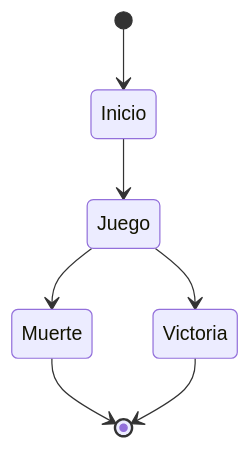
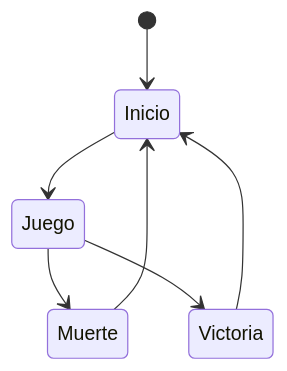
One commit to Narratech/DEV-P0 changed the first of 7 diagrams in README.md. Above: the diagram before and after it, drawn with Mermaid. The commit also changed other lines of this file, not shown here.

Commit message:
Diagrama de clases y rectificaciones

````diff
--- a/README.md
+++ b/README.md
@@ -56,9 +56,9 @@
 ```mermaid
 stateDiagram
     [*] --> Inicio
     Inicio --> Juego
     Juego --> Muerte
     Juego --> Victoria
-    Muerte --> [*]
-    Victoria --> [*]
+    Muerte --> Inicio
+    Victoria --> Inicio
 ```
````
